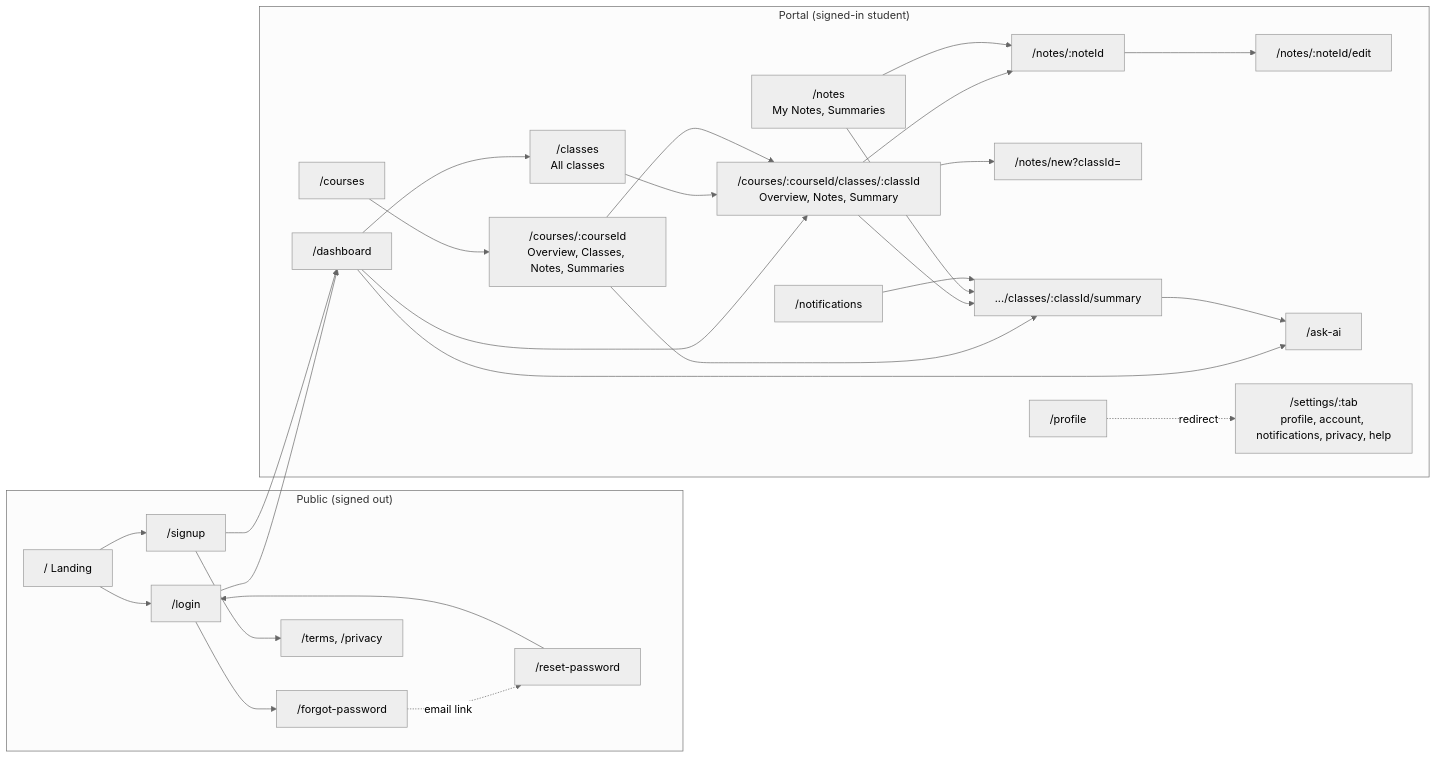
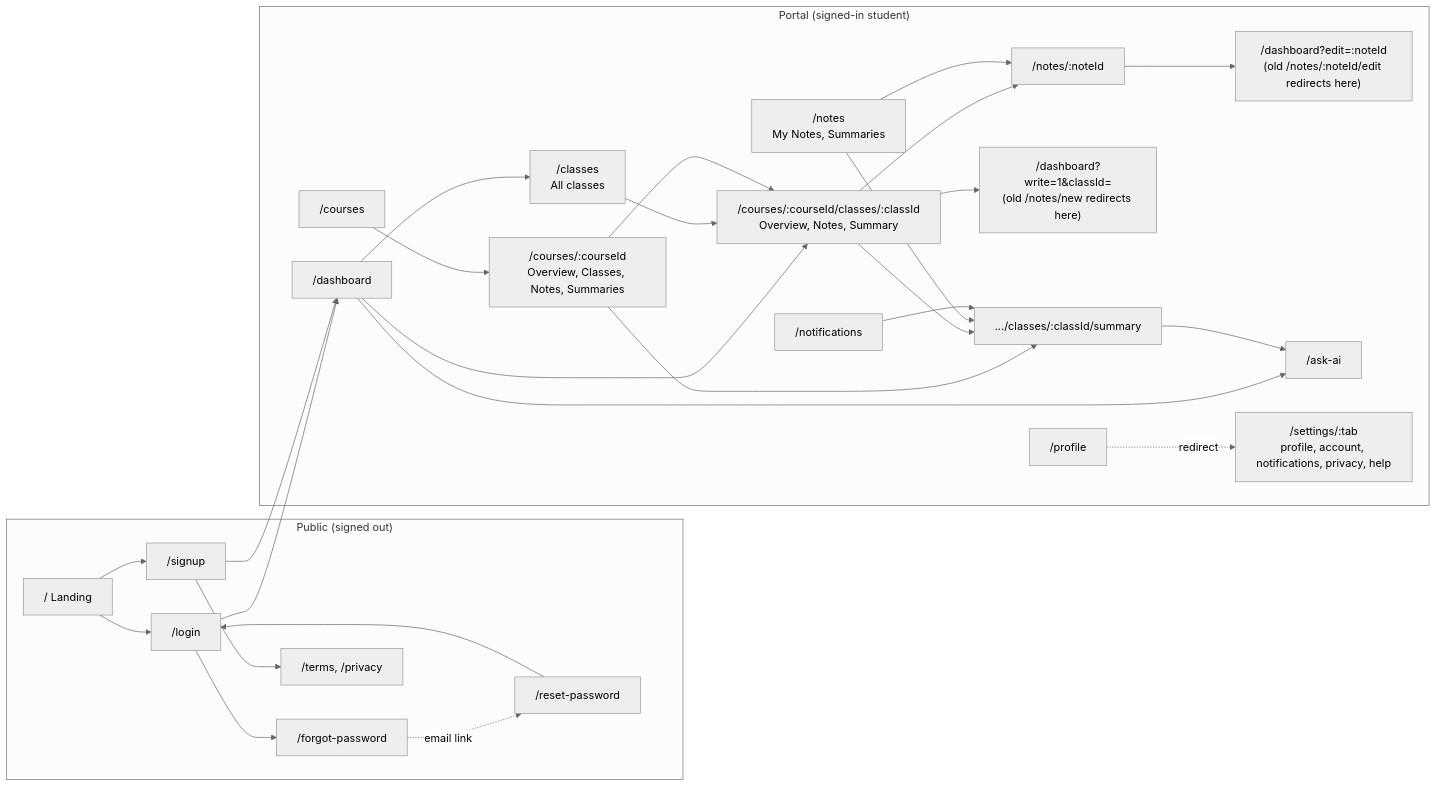
Before and after one commit to Ndukwopeace/CoNote: the first of 13 diagrams in docs/USER_FLOWS.md, drawn with Mermaid (neutral theme). The commit also changed other lines of this file and 39 other files, not shown here.

First line of the commit message:
feat(notes): one place to write, the chat; editing happens there too (D109) (#72)

````diff
--- a/docs/USER_FLOWS.md
+++ b/docs/USER_FLOWS.md
@@ -20,54 +20,54 @@
 ```mermaid
 flowchart LR
   subgraph PUB["Public (signed out)"]
     LAND["/ Landing"]
     LOGIN["/login"]
     SIGNUP["/signup"]
     FORGOT["/forgot-password"]
     RESET["/reset-password"]
     LEGAL["/terms, /privacy"]
   end
 
   subgraph PORTAL["Portal (signed-in student)"]
     DASH["/dashboard"]
     CLASSES["/classes<br/>All classes"]
     COURSES["/courses"]
     COURSE["/courses/:courseId<br/>Overview, Classes, Notes, Summaries"]
     CLASS["/courses/:courseId/classes/:classId<br/>Overview, Notes, Summary"]
     SUMMARY[".../classes/:classId/summary"]
     NOTES["/notes<br/>My Notes, Summaries"]
-    NEWNOTE["/notes/new?classId="]
+    NEWNOTE["/dashboard?write=1&classId=<br/>(old /notes/new redirects here)"]
     NOTE["/notes/:noteId"]
-    EDITNOTE["/notes/:noteId/edit"]
+    EDITNOTE["/dashboard?edit=:noteId<br/>(old /notes/:noteId/edit redirects here)"]
     AI["/ask-ai"]
     NOTIF["/notifications"]
     SETTINGS["/settings/:tab<br/>profile, account, notifications, privacy, help"]
     PROFILE["/profile"]
   end
 
   LAND --> LOGIN
   LAND --> SIGNUP
   LOGIN --> FORGOT
   FORGOT -. "email link" .-> RESET
   RESET --> LOGIN
   SIGNUP --> LEGAL
   LOGIN --> DASH
   SIGNUP --> DASH
 
   DASH --> CLASSES
   DASH --> CLASS
   DASH --> AI
   CLASSES --> CLASS
   COURSES --> COURSE
   COURSE --> CLASS
   COURSE --> SUMMARY
   CLASS --> SUMMARY
   CLASS --> NEWNOTE
   CLASS --> NOTE
   NOTES --> NOTE
   NOTES --> SUMMARY
   NOTE --> EDITNOTE
   SUMMARY --> AI
   NOTIF --> SUMMARY
   PROFILE -. "redirect" .-> SETTINGS
 ```
````
